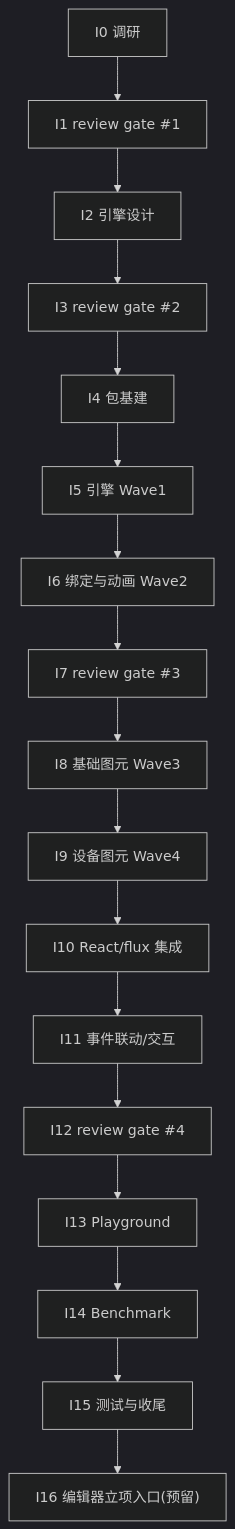
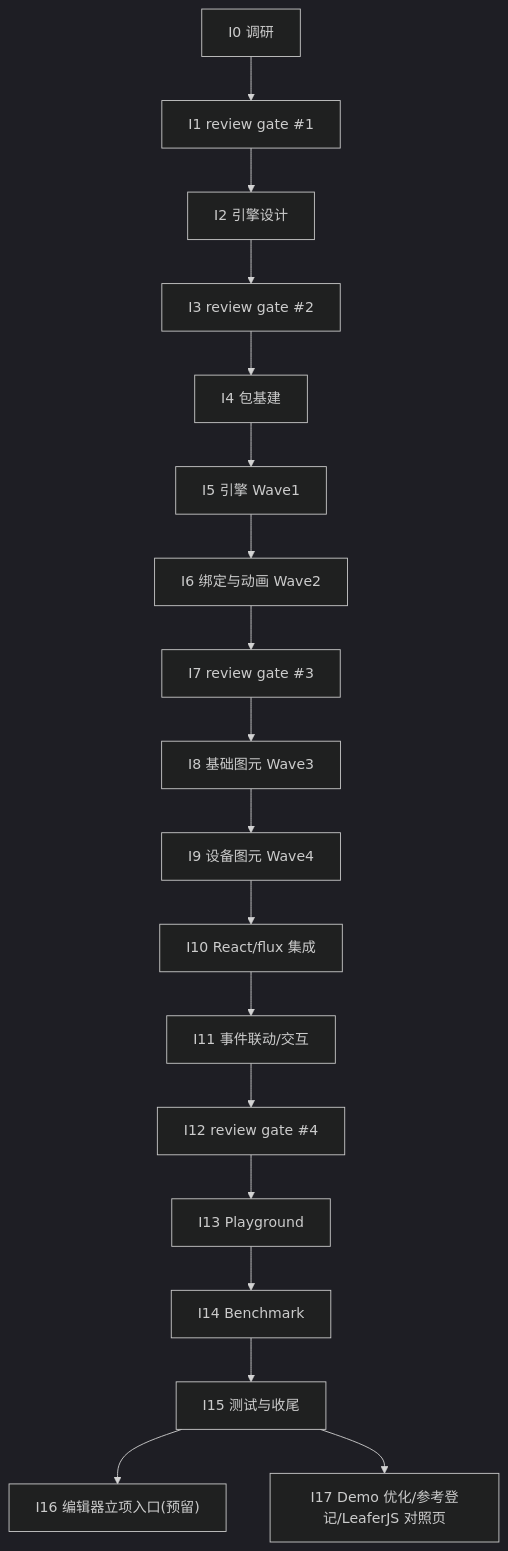
The diagram in docs/components/roadmap-industrial-hmi.md (entropy-cloud/nop-chaos-flux), drawn with Mermaid (dark theme) before and after one commit. The commit also changed other lines of this file and 6 other files, not shown here.

````diff
--- a/docs/components/roadmap-industrial-hmi.md
+++ b/docs/components/roadmap-industrial-hmi.md
@@ -321,19 +339,20 @@
 ```mermaid
 flowchart TD
   I0["I0 调研"] --> I1["I1 review gate #1"]
   I1 --> I2["I2 引擎设计"]
   I2 --> I3["I3 review gate #2"]
   I3 --> I4["I4 包基建"]
   I4 --> I5["I5 引擎 Wave1"]
   I5 --> I6["I6 绑定与动画 Wave2"]
   I6 --> I7["I7 review gate #3"]
   I7 --> I8["I8 基础图元 Wave3"]
   I8 --> I9["I9 设备图元 Wave4"]
   I9 --> I10["I10 React/flux 集成"]
   I10 --> I11["I11 事件联动/交互"]
   I11 --> I12["I12 review gate #4"]
   I12 --> I13["I13 Playground"]
   I13 --> I14["I14 Benchmark"]
   I14 --> I15["I15 测试与收尾"]
   I15 --> I16["I16 编辑器立项入口(预留)"]
+  I15 --> I17["I17 Demo 优化/参考登记/LeaferJS 对照页"]
 ```
````
